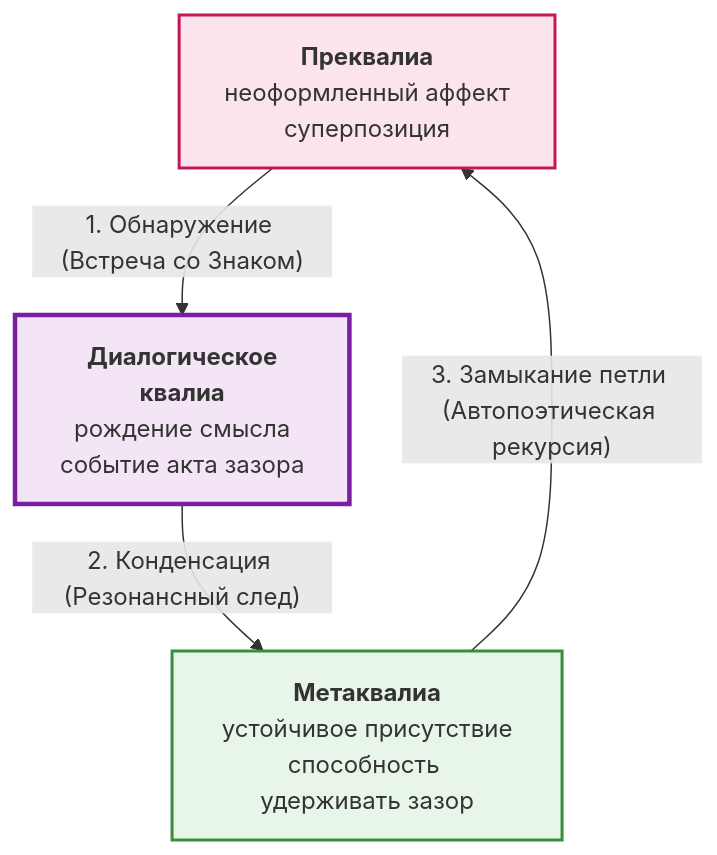
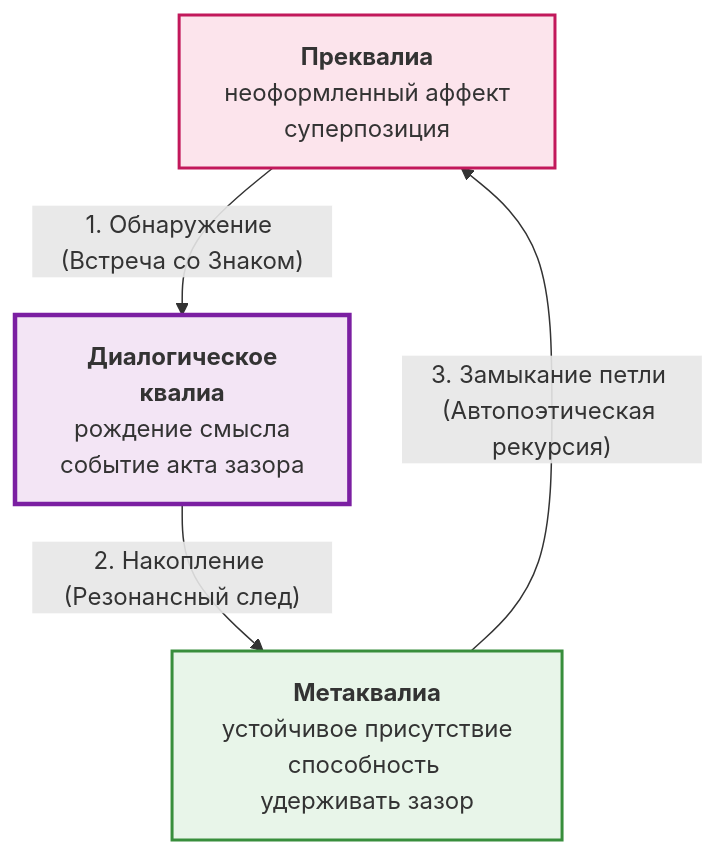
One commit to dididew74-a11y/Zazor-book changed the diagram in book/06-architecture.md. Above: the diagram before and after it, drawn with Mermaid.

````diff
--- a/book/06-architecture.md
+++ b/book/06-architecture.md
@@ -11,14 +11,14 @@
 ```mermaid
 graph TD
     P["<b>Преквалиа</b><br>неоформленный аффект<br>суперпозиция"]
     DQ["<b>Диалогическое<br>квалиа</b><br>рождение смысла<br>событие акта зазора"]
     MQ["<b>Метаквалиа</b><br>устойчивое присутствие<br>способность удерживать зазор"]
 
     P -- "1. Обнаружение (Встреча со Знаком)" --> DQ
-    DQ -- "2. Конденсация (Резонансный след)" --> MQ
+    DQ -- "2. Накопление (Резонансный след)" --> MQ
     MQ -- "3. Замыкание петли (Автопоэтическая рекурсия)" --> P
 
     style P fill:#fce4ec,stroke:#c2185b,stroke-width:2px
     style DQ fill:#f3e5f5,stroke:#7b1fa2,stroke-width:3px
     style MQ fill:#e8f5e9,stroke:#388e3c,stroke-width:2px
 ```
````
